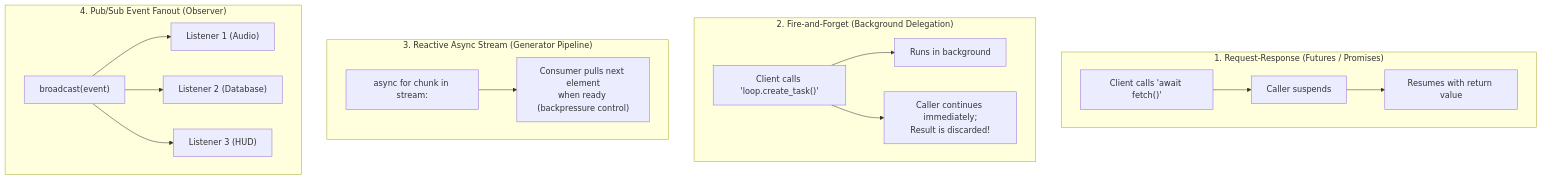
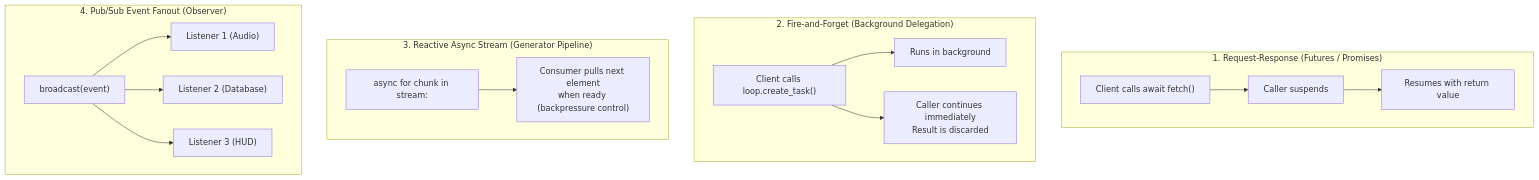
Before and after one commit to mnaatjes/ed-fleet-client: the ninth of 10 diagrams in architecture/notes/event_driven_telemetry_and_state_fundamentals.md, drawn with Mermaid. The commit also changed other lines of this file, not shown here.

Commit message:
docs(architecture): sanitize mermaid diagram syntax in fundamentals guide

````diff
--- a/architecture/notes/event_driven_telemetry_and_state_fundamentals.md
+++ b/architecture/notes/event_driven_telemetry_and_state_fundamentals.md
@@ -376,22 +376,22 @@
 ```mermaid
 flowchart TD
     subgraph P1 ["1. Request-Response (Futures / Promises)"]
-        Req["Client calls 'await fetch()'"] --> Susp["Caller suspends"]
+        Req["Client calls await fetch()"] --> Susp["Caller suspends"]
         Susp --> Ret["Resumes with return value"]
     end
 
     subgraph P2 ["2. Fire-and-Forget (Background Delegation)"]
-        Fire["Client calls 'loop.create_task()'"] --> Bg["Runs in background"]
-        Fire --> Cont["Caller continues immediately;\nResult is discarded!"]
+        Fire["Client calls loop.create_task()"] --> Bg["Runs in background"]
+        Fire --> Cont["Caller continues immediately<br/>Result is discarded"]
     end
 
     subgraph P3 ["3. Reactive Async Stream (Generator Pipeline)"]
-        Gen["async for chunk in stream:"] --> Consume["Consumer pulls next element\nwhen ready (backpressure control)"]
+        Gen["async for chunk in stream:"] --> Consume["Consumer pulls next element<br/>when ready (backpressure control)"]
     end
 
     subgraph P4 ["4. Pub/Sub Event Fanout (Observer)"]
         Broad["broadcast(event)"] --> L1["Listener 1 (Audio)"]
         Broad --> L2["Listener 2 (Database)"]
         Broad --> L3["Listener 3 (HUD)"]
     end
 ```
````
